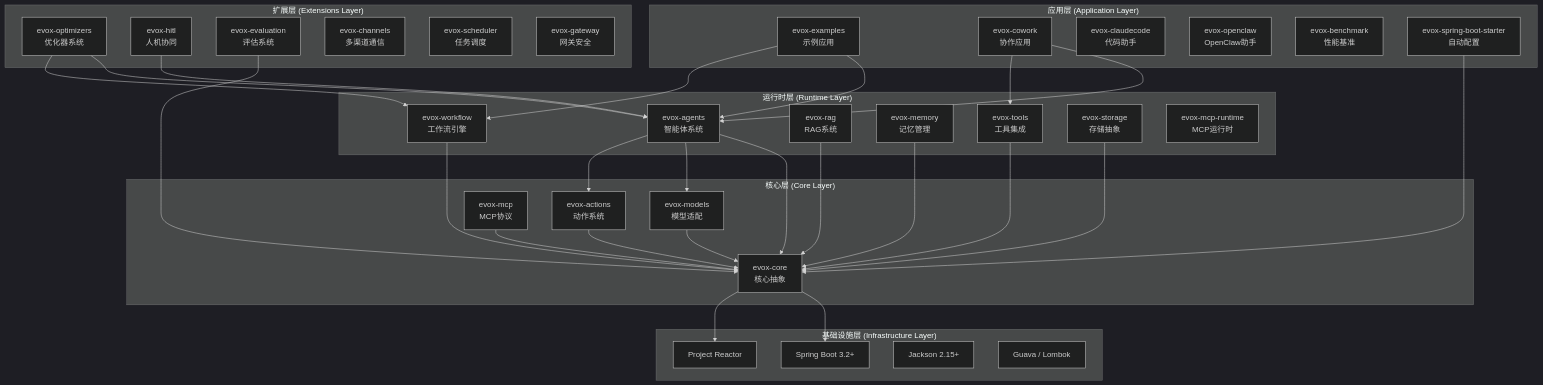
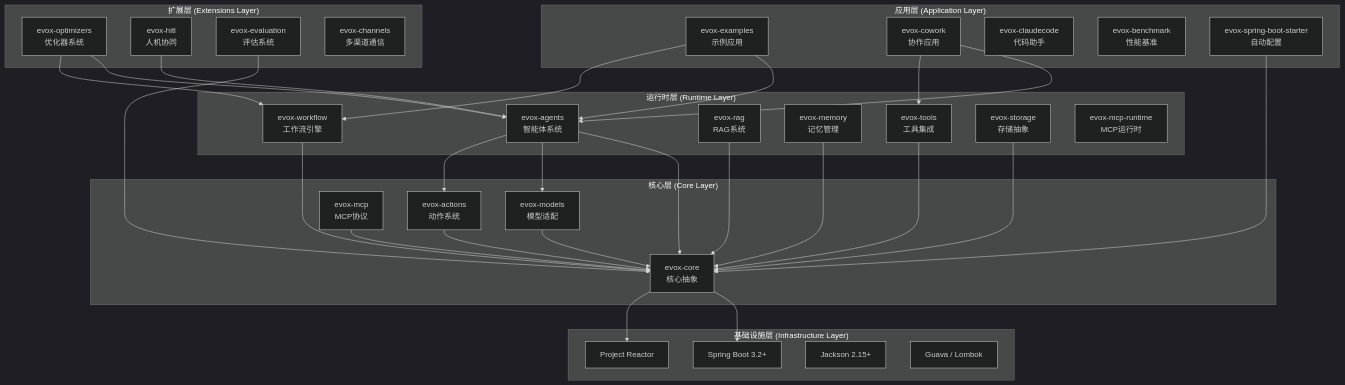
The first of 11 diagrams in docs/ARCHITECTURE.md (Leavesfly/EvoX), drawn with Mermaid (dark theme) before and after one commit. The commit also changed other lines of this file and 1 other file, not shown here.

````diff
--- a/docs/ARCHITECTURE.md
+++ b/docs/ARCHITECTURE.md
@@ -45,71 +45,68 @@
 ```mermaid
 graph TB
     subgraph "应用层 (Application Layer)"
         APP_EXAMPLES["evox-examples<br/>示例应用"]
         APP_COWORK["evox-cowork<br/>协作应用"]
         APP_CLAUDECODE["evox-claudecode<br/>代码助手"]
-        APP_OPENCLAW["evox-openclaw<br/>OpenClaw助手"]
         APP_BENCHMARK["evox-benchmark<br/>性能基准"]
         APP_STARTER["evox-spring-boot-starter<br/>自动配置"]
     end
     
     subgraph "扩展层 (Extensions Layer)"
         EXT_OPTIMIZERS["evox-optimizers<br/>优化器系统"]
         EXT_HITL["evox-hitl<br/>人机协同"]
         EXT_EVALUATION["evox-evaluation<br/>评估系统"]
         EXT_CHANNELS["evox-channels<br/>多渠道通信"]
-        EXT_SCHEDULER["evox-scheduler<br/>任务调度"]
-        EXT_GATEWAY["evox-gateway<br/>网关安全"]
     end
     
     subgraph "运行时层 (Runtime Layer)"
         RUN_AGENTS["evox-agents<br/>智能体系统"]
         RUN_WORKFLOW["evox-workflow<br/>工作流引擎"]
         RUN_RAG["evox-rag<br/>RAG系统"]
         RUN_MEMORY["evox-memory<br/>记忆管理"]
         RUN_TOOLS["evox-tools<br/>工具集成"]
         RUN_STORAGE["evox-storage<br/>存储抽象"]
         RUN_MCP["evox-mcp-runtime<br/>MCP运行时"]
     end
     
     subgraph "核心层 (Core Layer)"
         CORE_CORE["evox-core<br/>核心抽象"]
         CORE_MODELS["evox-models<br/>模型适配"]
         CORE_ACTIONS["evox-actions<br/>动作系统"]
         CORE_MCP["evox-mcp<br/>MCP协议"]
     end
     
     subgraph "基础设施层 (Infrastructure Layer)"
         INFRA_SPRING["Spring Boot 3.2+"]
         INFRA_REACTOR["Project Reactor"]
         INFRA_JACKSON["Jackson 2.15+"]
         INFRA_GUAVA["Guava / Lombok"]
     end
     
     APP_EXAMPLES --> RUN_AGENTS
     APP_EXAMPLES --> RUN_WORKFLOW
     APP_COWORK --> RUN_AGENTS
     APP_COWORK --> RUN_TOOLS
     APP_STARTER --> CORE_CORE
     
     EXT_OPTIMIZERS --> RUN_AGENTS
     EXT_OPTIMIZERS --> RUN_WORKFLOW
     EXT_HITL --> RUN_AGENTS
     EXT_EVALUATION --> CORE_CORE
     
     RUN_AGENTS --> CORE_CORE
     RUN_AGENTS --> CORE_MODELS
     RUN_AGENTS --> CORE_ACTIONS
     RUN_WORKFLOW --> CORE_CORE
     RUN_RAG --> CORE_CORE
     RUN_MEMORY --> CORE_CORE
     RUN_TOOLS --> CORE_CORE
     RUN_STORAGE --> CORE_CORE
     
     CORE_MODELS --> CORE_CORE
     CORE_ACTIONS --> CORE_CORE
     CORE_MCP --> CORE_CORE
     
     CORE_CORE --> INFRA_SPRING
     CORE_CORE --> INFRA_REACTOR
 ```
````
